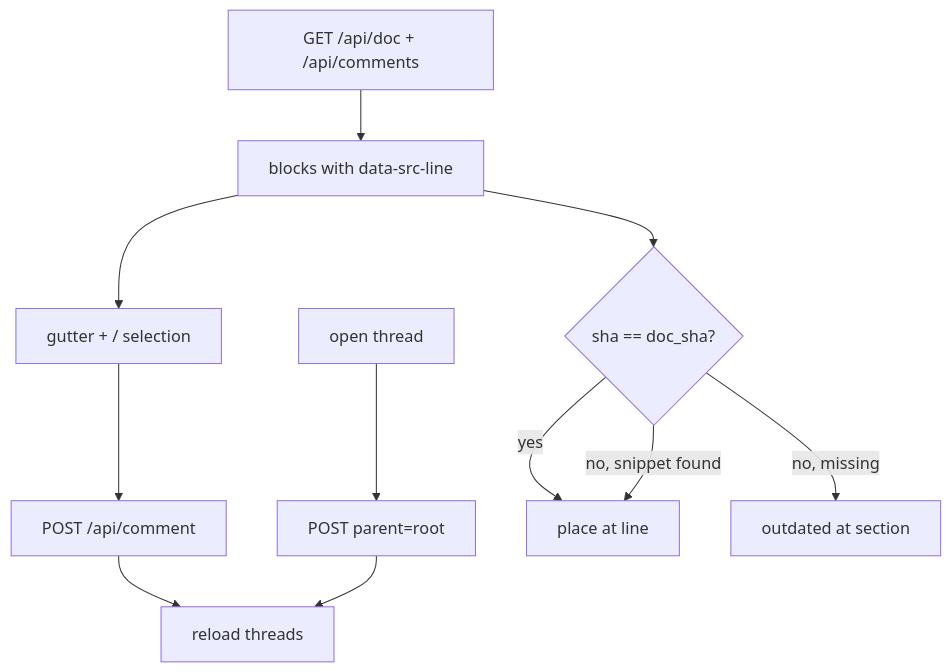
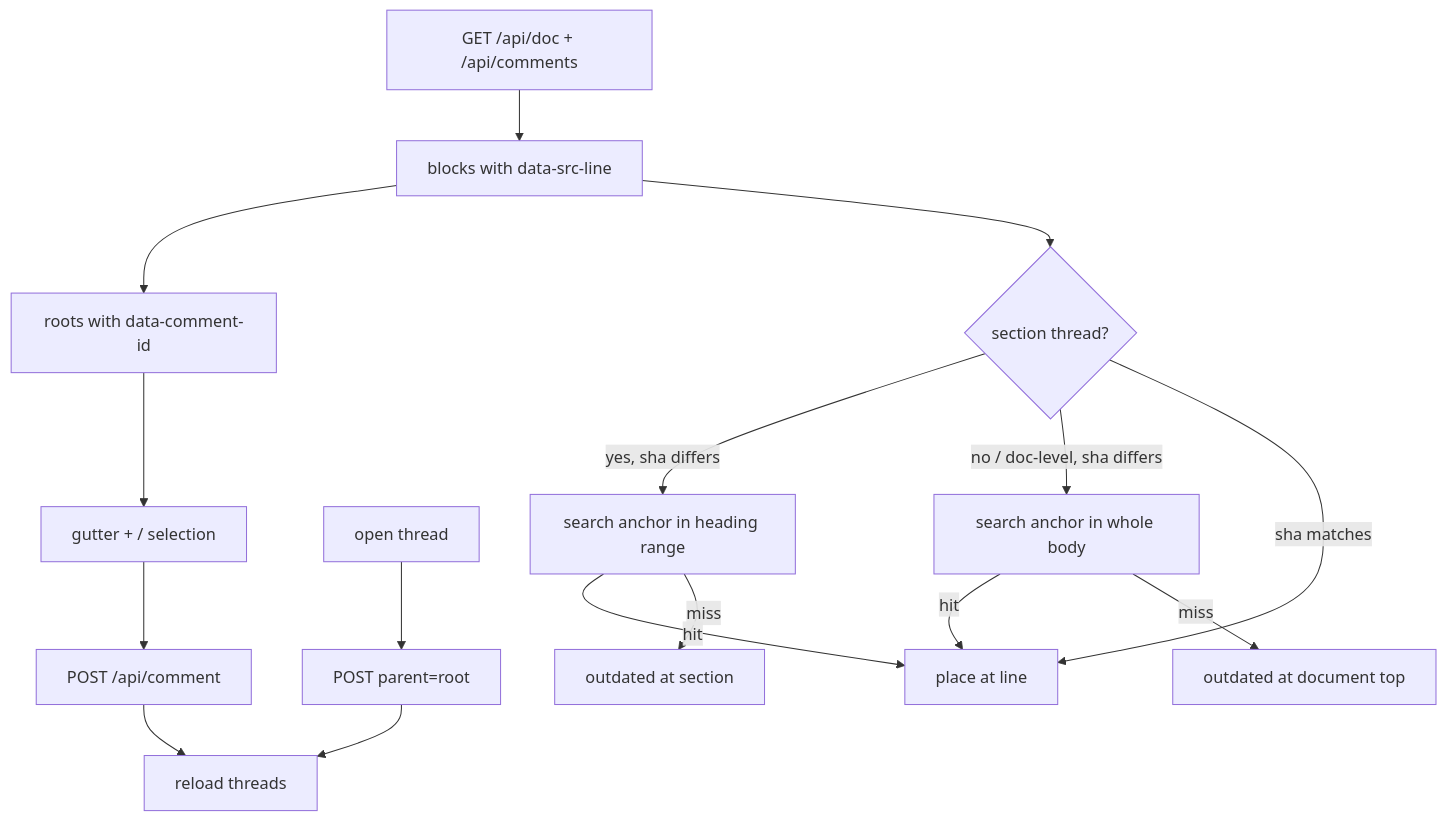
One commit to vincentc-b/CascadeCode changed the diagram in docs/features/1_backlog/feat_017_plan_viewer_comment_chrome.md. Above: the diagram before and after it, drawn with Mermaid. The commit also changed other lines of this file, not shown here.

Commit message:
docs: feat_017 Plan viewer comment chrome

````diff
--- a/docs/features/1_backlog/feat_017_plan_viewer_comment_chrome.md
+++ b/docs/features/1_backlog/feat_017_plan_viewer_comment_chrome.md
@@ -101,13 +116,18 @@
 ```mermaid
 flowchart TD
   LOAD[GET /api/doc + /api/comments] --> RENDER[blocks with data-src-line]
-  RENDER --> UI[gutter + / selection]
+  RENDER --> LIST[roots with data-comment-id]
+  LIST --> UI[gutter + / selection]
   UI --> POST[POST /api/comment]
   POST --> RELOAD[reload threads]
   THREAD[open thread] --> REPLY[POST parent=root]
   REPLY --> RELOAD
-  RENDER --> REANCHOR{sha == doc_sha?}
-  REANCHOR -->|yes| MARK[place at line]
-  REANCHOR -->|no, snippet found| MARK
-  REANCHOR -->|no, missing| OUT[outdated at section]
+  RENDER --> KIND{section thread?}
+  KIND -->|yes, sha differs| SEC[search anchor in heading range]
+  KIND -->|no / doc-level, sha differs| DOC[search anchor in whole body]
+  SEC -->|hit| MARK[place at line]
+  DOC -->|hit| MARK
+  SEC -->|miss| OUT[outdated at section]
+  DOC -->|miss| OUTDOC[outdated at document top]
+  KIND -->|sha matches| MARK
 ```
````
